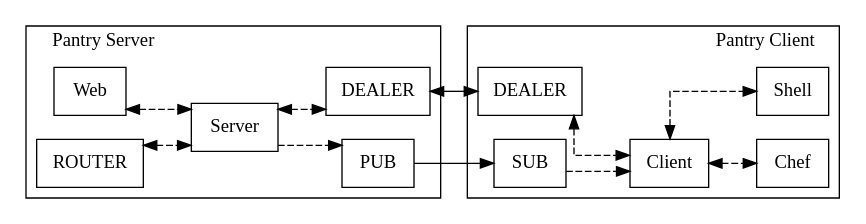
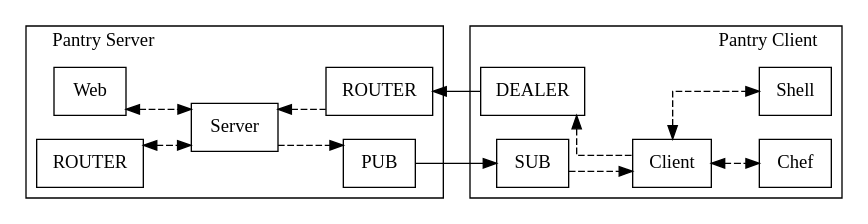
The diagram in doc/network_topology.dot (pantry/pantry), drawn with Graphviz before and after one commit. The commit also changed 1 other file, not shown here.

Commit message:
Go with regular DEALER/ROUTER to communicate back to the server

```diff
--- a/doc/network_topology.dot
+++ b/doc/network_topology.dot
@@ -1,46 +1,47 @@
 digraph pantry {
   rankdir = LR;
   color = black;
   splines = ortho;
   node [shape=rectangle];
 
   subgraph cluster_server {
     label = "Pantry Server";
     labeljust = left;
     edge [style=dashed];
 
     server     [label="Server"];
     server_web [label="Web"];
     api        [label="ROUTER"];
     publish    [label="PUB"];
 
-    server_dealer [label="DEALER"];
+    server_dealer [label="ROUTER"];
 
     server_web -> server [dir=both];
     api        -> server [dir=both];
 
     server -> publish;
-    server -> server_dealer [dir=both];
+    server -> server_dealer [dir=back];
   }
 
   subgraph cluster_client {
     label = "Pantry Client";
     labeljust = right;
     edge [style=dashed];
 
     client        [label="Client"];
     subscribe     [label="SUB"];
     provisioning  [label="Chef"];
     shell         [label="Shell"];
+
     client_dealer [label="DEALER"];
 
     client     -> provisioning [dir=both];
     client     -> shell        [dir=both];
 
     subscribe     -> client;
-    client_dealer -> client [dir=both];
+    client_dealer -> client [dir=back];
   }
 
-  server_dealer -> client_dealer [dir=both];
+  server_dealer -> client_dealer [dir=back];
   publish       -> subscribe;
 }
```
